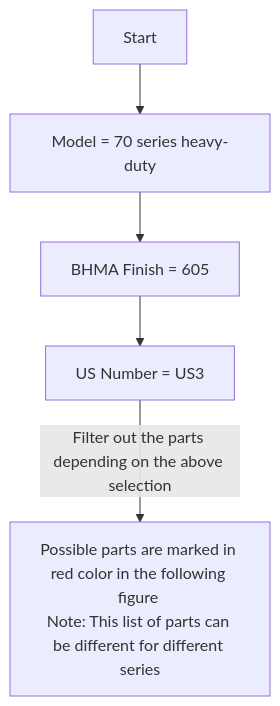
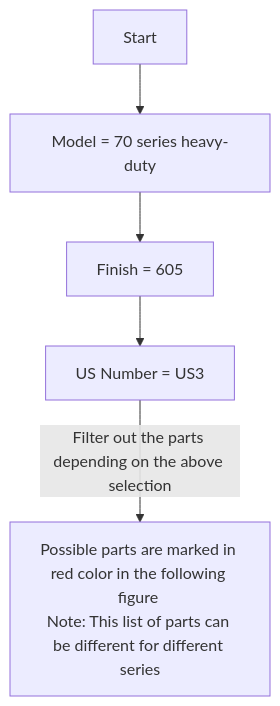
The fourth of 16 diagrams in README.md (alokdas81/diamond-pricebook-diagram), drawn with Mermaid before and after one commit. The commit also changed other lines of this file and 8 other files, not shown here.

````diff
--- a/README.md
+++ b/README.md
@@ -332,6 +305,6 @@
 ```mermaid
 flowchart TD
 
 A[Start] --> B[Model = 70 series heavy-duty]
- --> D[BHMA Finish = 605] --> E[US Number = US3] --> |Filter out the parts depending on the above selection| F[Possible parts are marked in red color in the following figure \n Note: This list of parts can  be different for different series]
+ --> D[Finish = 605] --> E[US Number = US3] --> |Filter out the parts depending on the above selection| F[Possible parts are marked in red color in the following figure \n Note: This list of parts can  be different for different series]
 ```
````
